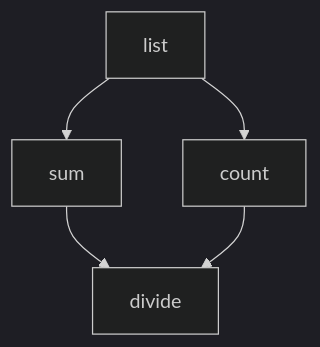
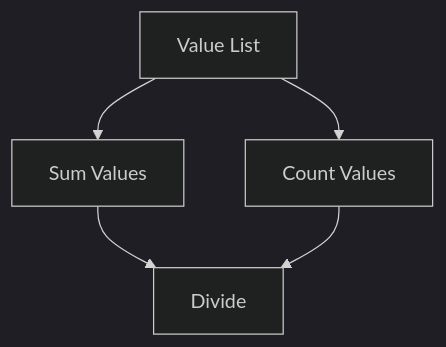
Diagram 14 of 33 in readme.md (smshagor-dev/Next-Gen-Blockchain-for-Vehicle-Security), drawn with Mermaid (dark theme) before and after one commit. The commit also changed other lines of this file and 5 other files, not shown here.

````diff
--- a/readme.md
+++ b/readme.md
@@ -569,7 +573,7 @@
 ```mermaid
 flowchart TD
-    A[list] --> B[sum]
-    A --> C[count]
-    B --> D[divide]
+    A[Value List] --> B[Sum Values]
+    A --> C[Count Values]
+    B --> D[Divide]
     C --> D
 ```
````
